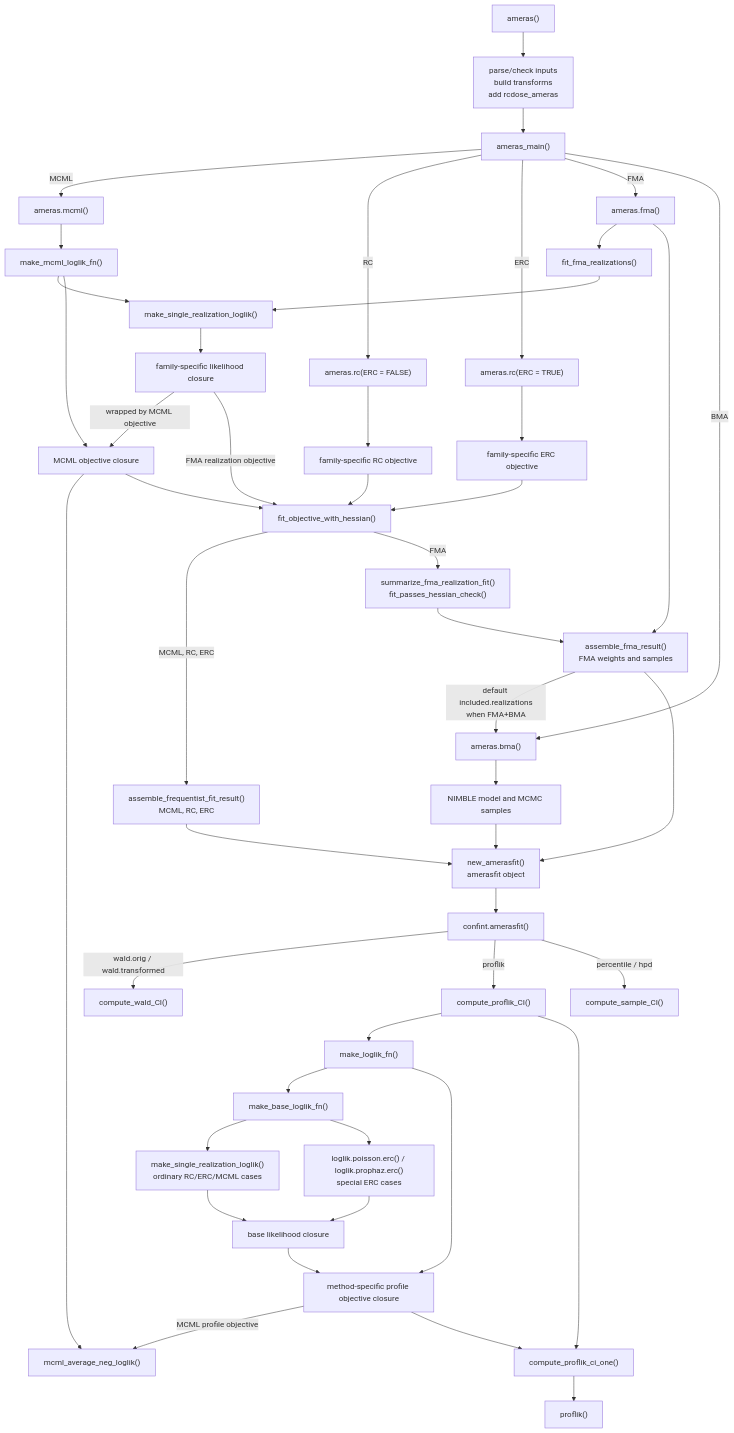
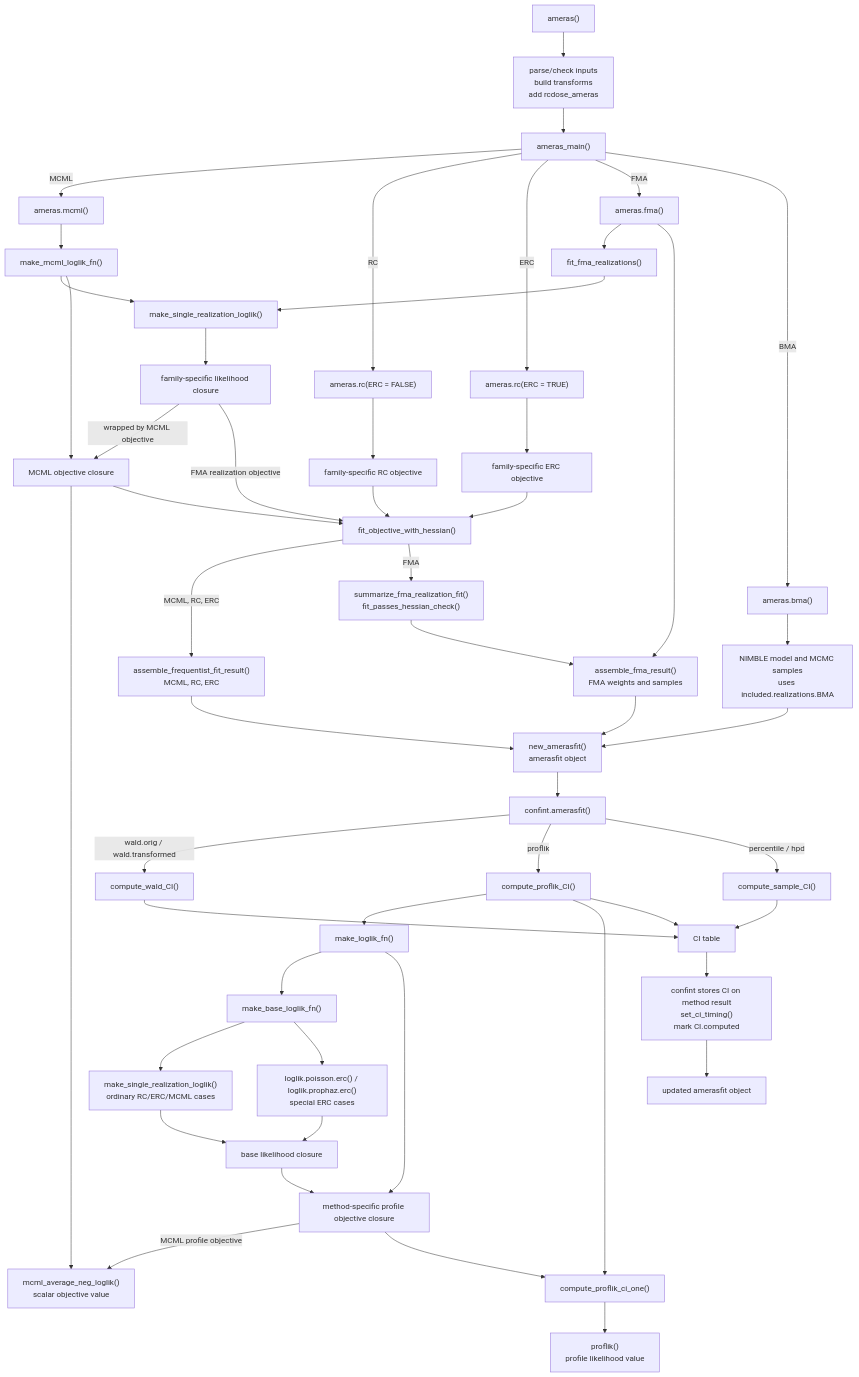
One commit to sanderroberti/ameras changed the diagram in developer-notes/helper-flow.md. Above: the diagram before and after it, drawn with Mermaid. The commit also changed other lines of this file and 1 other file, not shown here.

Commit message:
Correct helper flow notes

````diff
--- a/developer-notes/helper-flow.md
+++ b/developer-notes/helper-flow.md
@@ -9,58 +9,62 @@
 ```mermaid
 flowchart TD
   A["ameras()"] --> B["parse/check inputs<br/>build transforms<br/>add rcdose_ameras"]
   B --> C["ameras_main()"]
 
   C -->|MCML| D["ameras.mcml()"]
   C -->|RC| E["ameras.rc(ERC = FALSE)"]
   C -->|ERC| F["ameras.rc(ERC = TRUE)"]
   C -->|FMA| G["ameras.fma()"]
   C -->|BMA| H["ameras.bma()"]
 
   D --> I["make_mcml_loglik_fn()"]
   I --> J["make_single_realization_loglik()"]
   J --> JA["family-specific likelihood closure"]
   I --> JB["MCML objective closure"]
   JA -->|wrapped by MCML objective| JB
-  JB --> AB["mcml_average_neg_loglik()"]
+  JB --> AB["mcml_average_neg_loglik()<br/>scalar objective value"]
   JB --> N["fit_objective_with_hessian()"]
 
   E --> K["family-specific RC objective"]
   F --> L["family-specific ERC objective"]
   K --> N
   L --> N
 
   G --> M["fit_fma_realizations()"]
   M --> J
   JA -->|FMA realization objective| N
 
   N -->|MCML, RC, ERC| O["assemble_frequentist_fit_result()<br/>MCML, RC, ERC"]
   N -->|FMA| P["summarize_fma_realization_fit()<br/>fit_passes_hessian_check()"]
 
   G --> Q["assemble_fma_result()<br/>FMA weights and samples"]
   P --> Q
-  Q -->|default included.realizations<br/>when FMA+BMA| H
-  H --> R["NIMBLE model and MCMC samples"]
+  H --> R["NIMBLE model and MCMC samples<br/>uses included.realizations.BMA"]
 
   O --> S["new_amerasfit()<br/>amerasfit object"]
   Q --> S
   R --> S
 
   S --> T["confint.amerasfit()"]
   T -->|wald.orig / wald.transformed| U["compute_wald_CI()"]
   T -->|proflik| V["compute_proflik_CI()"]
   T -->|percentile / hpd| W["compute_sample_CI()"]
 
   V --> X["make_loglik_fn()"]
   X --> Y["make_base_loglik_fn()"]
   Y --> Z["make_single_realization_loglik()<br/>ordinary RC/ERC/MCML cases"]
   Y --> AA["loglik.poisson.erc() / loglik.prophaz.erc()<br/>special ERC cases"]
   Z --> AE["base likelihood closure"]
   AA --> AE
   X --> AF["method-specific profile objective closure"]
   AE --> AF
   AF -->|MCML profile objective| AB
   AF --> AC["compute_proflik_ci_one()"]
   V --> AC
-  AC --> AD["proflik()"]
+  AC --> AD["proflik()<br/>profile likelihood value"]
+  U --> AG["CI table"]
+  V --> AG
+  W --> AG
+  AG --> AH["confint stores CI on method result<br/>set_ci_timing()<br/>mark CI.computed"]
+  AH --> AI["updated amerasfit object"]
 ```
````
